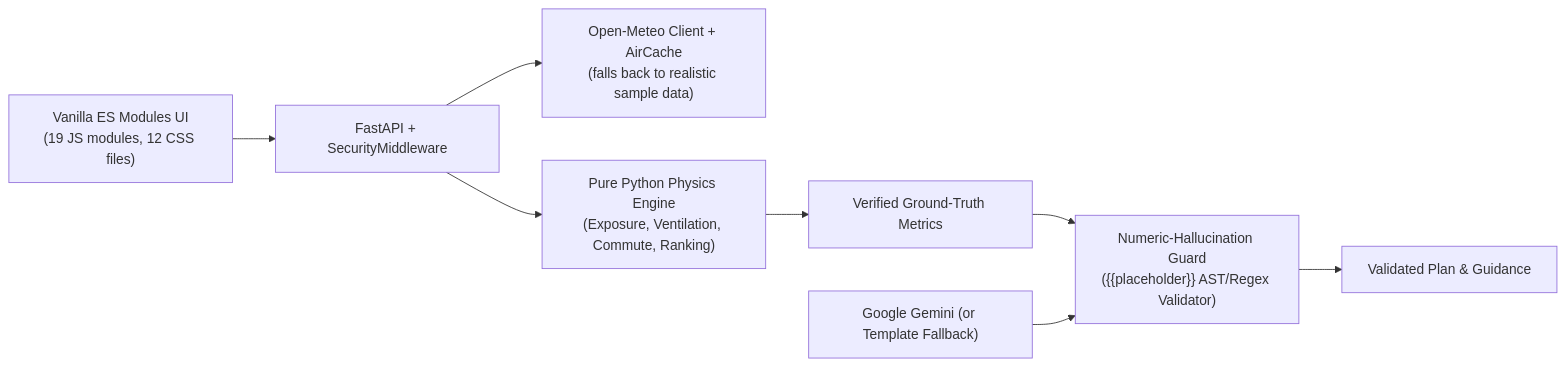
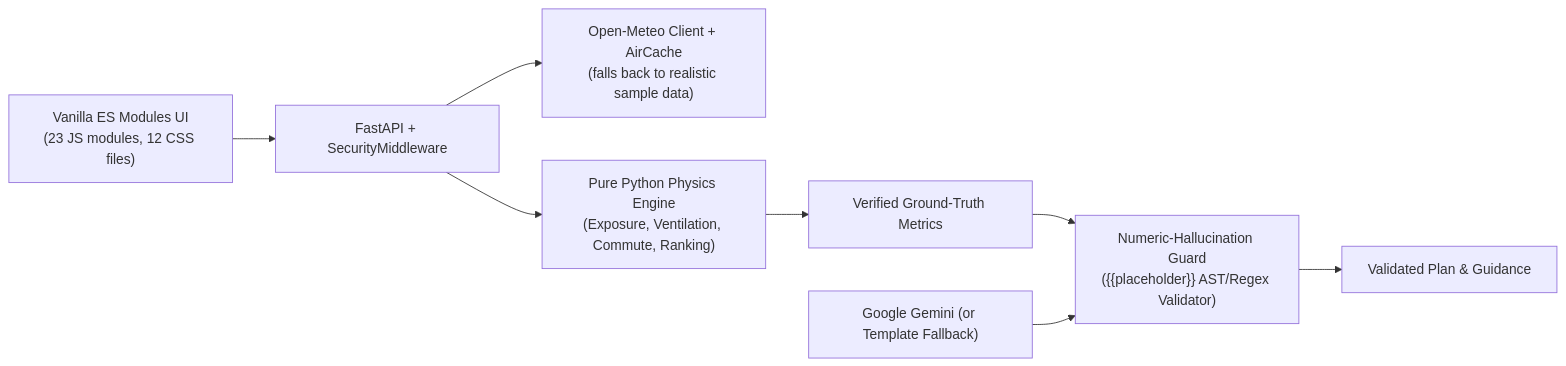
The diagram in README.md (Dhinakarg/AirPlan), drawn with Mermaid before and after one commit. The commit also changed other lines of this file, not shown here.

Commit message:
docs: sync JS module count and base typography in README

````diff
--- a/README.md
+++ b/README.md
@@ -28,10 +28,10 @@
 ```mermaid
 flowchart LR
-    UI["Vanilla ES Modules UI<br/>(19 JS modules, 12 CSS files)"] --> API["FastAPI + SecurityMiddleware"]
+    UI["Vanilla ES Modules UI<br/>(23 JS modules, 12 CSS files)"] --> API["FastAPI + SecurityMiddleware"]
     API --> Data["Open-Meteo Client + AirCache<br/>(falls back to realistic sample data)"]
     API --> Engine["Pure Python Physics Engine<br/>(Exposure, Ventilation, Commute, Ranking)"]
     Engine --> Facts["Verified Ground-Truth Metrics"]
     Facts --> Guard["Numeric-Hallucination Guard<br/>({{placeholder}} AST/Regex Validator)"]
     AI["Google Gemini (or Template Fallback)"] --> Guard
     Guard --> Response["Validated Plan & Guidance"]
 ```
````
